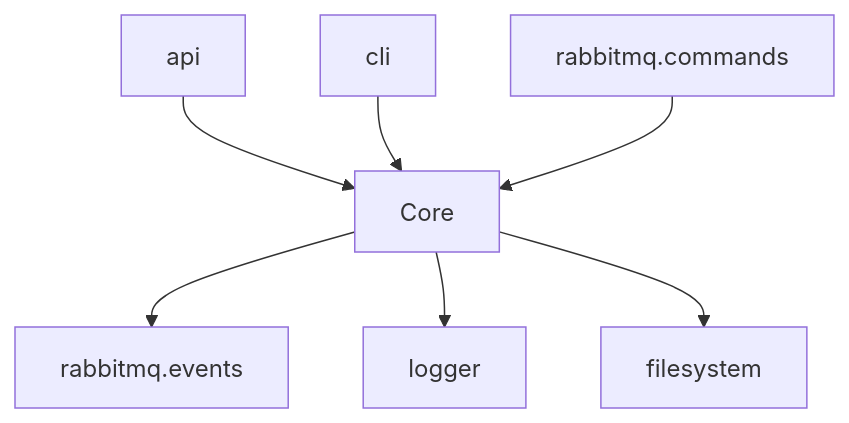
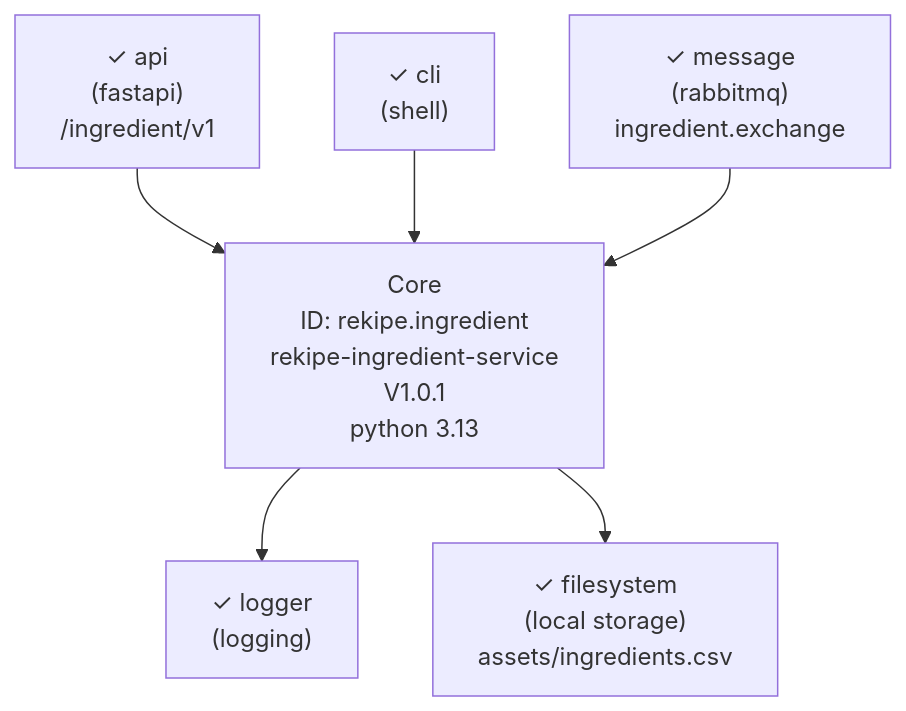
Before and after one commit to COGEPFrance/tools-doc-generator: the diagram in diagrams/architecture.mmd, drawn with Mermaid. The commit also changed 4 other files, not shown here.

First line of the commit message:
feat: add architecture and messaging diagram generators

```diff
--- a/diagrams/architecture.mmd
+++ b/diagrams/architecture.mmd
@@ -1,14 +1,12 @@
 graph TB
-    Core["Core"]
-    api["api"]
+    Core["Core<br/>ID: rekipe.ingredient<br/>rekipe-ingredient-service<br/>V1.0.1<br/>python 3.13"]
+    api["✓ api<br/>(fastapi)<br/>/ingredient/v1"]
     api --> Core
-    cli["cli"]
+    cli["✓ cli<br/>(shell)"]
     cli --> Core
-    rabbitmq_commands["rabbitmq.commands"]
-    rabbitmq_commands --> Core
-    rabbitmq_events["rabbitmq.events"]
-    Core --> rabbitmq_events
-    logger["logger"]
+    message["✓ message<br/>(rabbitmq)<br/>ingredient.exchange"]
+    message --> Core
+    logger["✓ logger<br/>(logging)"]
     Core --> logger
-    filesystem["filesystem"]
+    filesystem["✓ filesystem<br/>(local storage)<br/>assets/ingredients.csv"]
     Core --> filesystem
```
